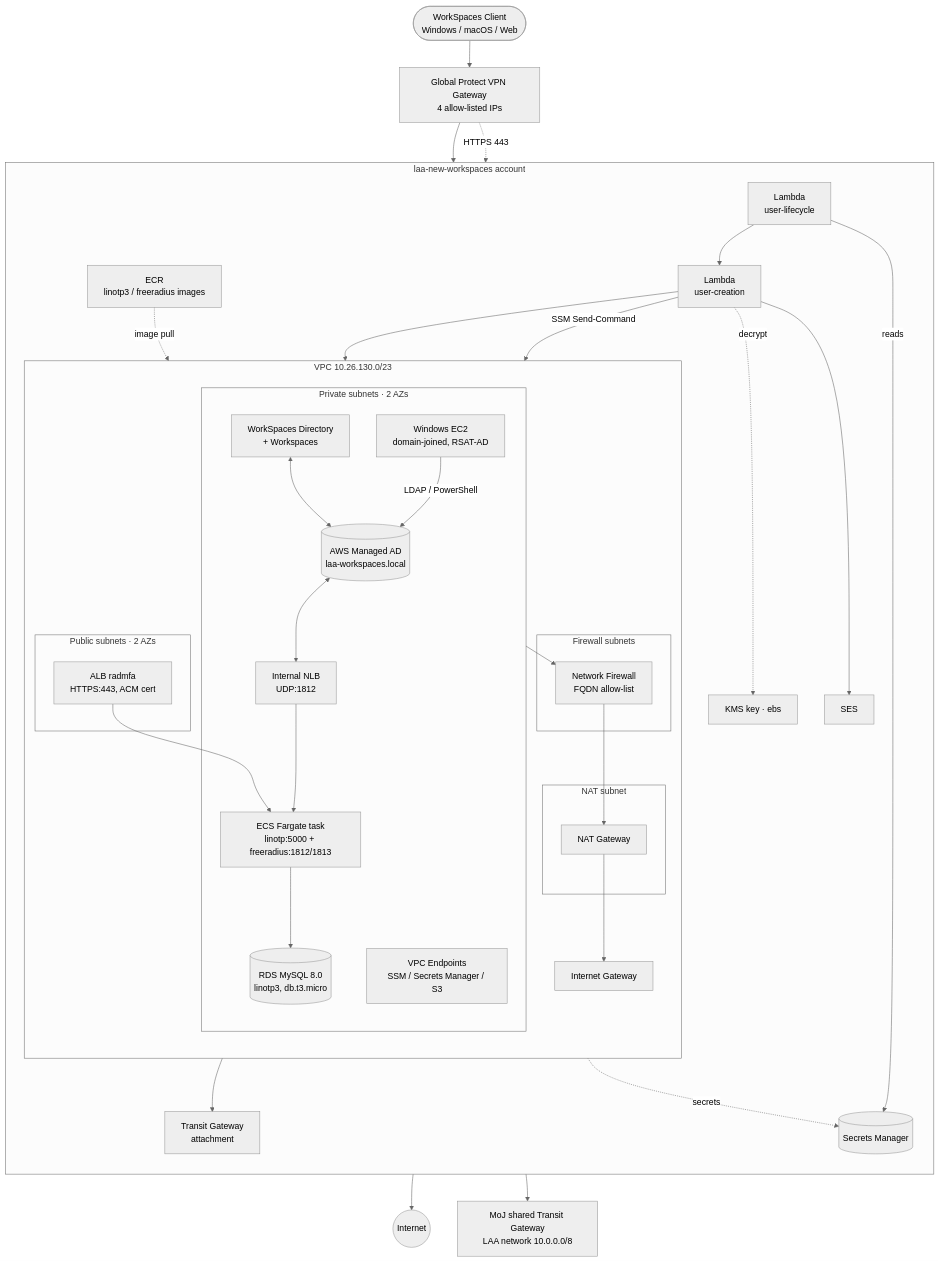
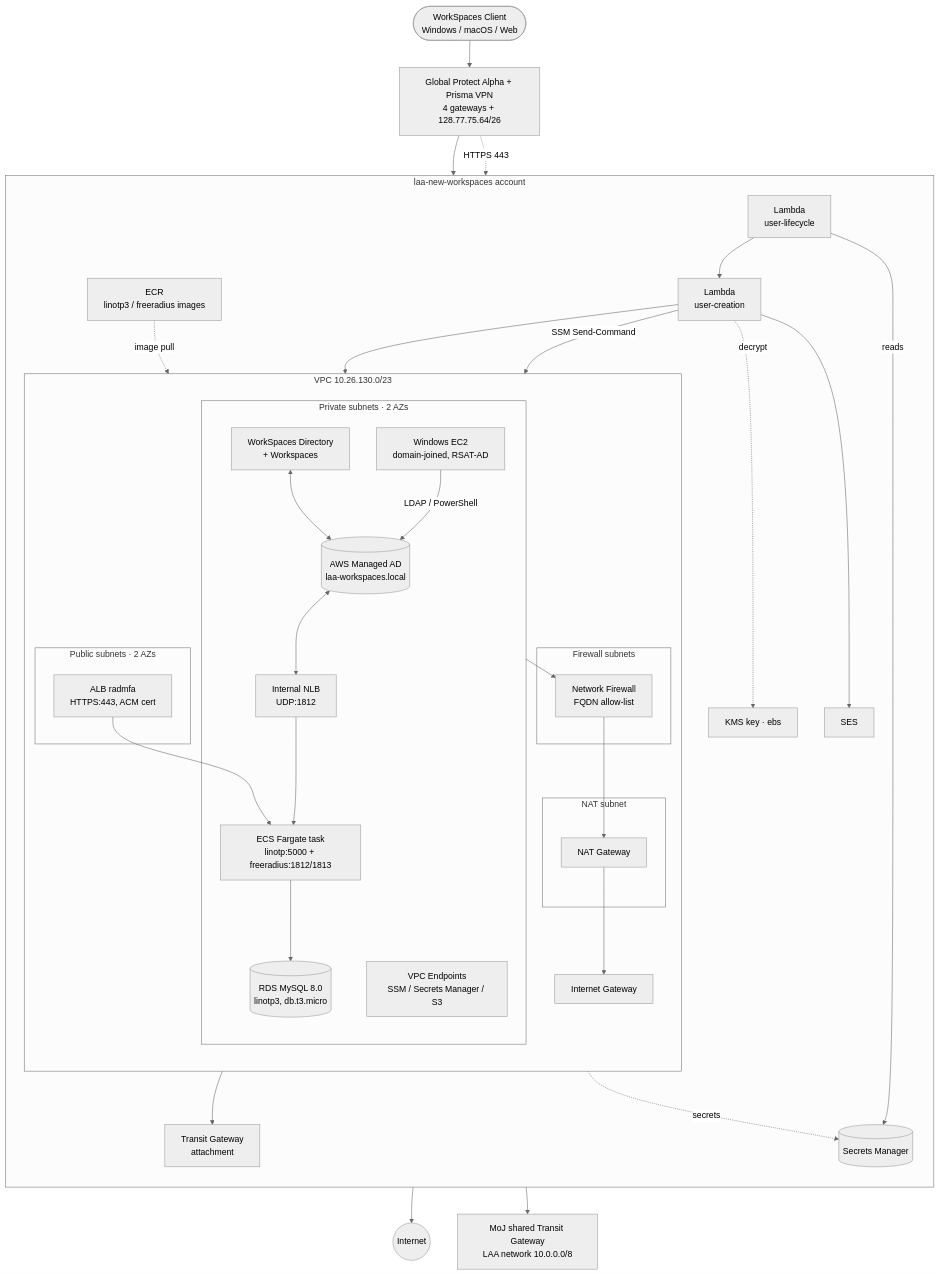
The diagram in terraform/environments/laa-new-workspaces/documents/01-general-infrastructure.md (ministryofjustice/modernisation-platform-environments), drawn with Mermaid (neutral theme) before and after one commit. The commit also changed other lines of this file and 3 other files, not shown here.

Commit message:
Adding Prisma VPN to aws_workspaces_ip_group

````diff
--- a/terraform/environments/laa-new-workspaces/documents/01-general-infrastructure.md
+++ b/terraform/environments/laa-new-workspaces/documents/01-general-infrastructure.md
@@ -7,68 +7,68 @@
 ```mermaid
 flowchart TB
     CLIENT(["WorkSpaces Client<br/>Windows / macOS / Web"])
-    VPN["Global Protect VPN Gateway<br/>4 allow-listed IPs"]
+    VPN["Global Protect Alpha + Prisma VPN<br/>4 gateways + 128.77.75.64/26"]
 
     subgraph ACCOUNT["laa-new-workspaces account"]
       direction TB
 
       subgraph VPC["VPC 10.26.130.0/23"]
         direction TB
 
         subgraph PUB["Public subnets · 2 AZs"]
           ALB["ALB radmfa<br/>HTTPS:443, ACM cert"]
         end
 
         subgraph PRIV["Private subnets · 2 AZs"]
           AD[("AWS Managed AD<br/>laa-workspaces.local")]
           WSDIR["WorkSpaces Directory<br/>+ Workspaces"]
           NLB["Internal NLB<br/>UDP:1812"]
           ECS["ECS Fargate task<br/>linotp:5000 + freeradius:1812/1813"]
           RDS[("RDS MySQL 8.0<br/>linotp3, db.t3.micro")]
           EC2W["Windows EC2<br/>domain-joined, RSAT-AD"]
           VPCE["VPC Endpoints<br/>SSM / Secrets Manager / S3"]
         end
 
         subgraph NATSUB["NAT subnet"]
           NATGW["NAT Gateway"]
         end
 
         subgraph FWSUB["Firewall subnets"]
           FW["Network Firewall<br/>FQDN allow-list"]
         end
 
         IGW["Internet Gateway"]
       end
 
       TGWATT["Transit Gateway<br/>attachment"]
       LAMBDA1["Lambda<br/>user-lifecycle"]
       LAMBDA2["Lambda<br/>user-creation"]
       SM[("Secrets Manager")]
       KMS["KMS key · ebs"]
       SES["SES"]
       ECR["ECR<br/>linotp3 / freeradius images"]
     end
 
     MOJ["MoJ shared Transit Gateway<br/>LAA network 10.0.0.0/8"]
     INTERNET(("Internet"))
 
     CLIENT --> VPN --> WSDIR
     VPN -. HTTPS 443 .-> ALB
     ALB --> ECS
     WSDIR <--> AD
     AD <--> NLB --> ECS
     ECS --> RDS
     ECS -. secrets .-> SM
     ECR -. image pull .-> ECS
 
     LAMBDA1 -- reads --> SM
     LAMBDA1 --> LAMBDA2
     LAMBDA2 -- SSM Send-Command --> EC2W
     EC2W -- LDAP / PowerShell --> AD
     LAMBDA2 --> WSDIR
     LAMBDA2 --> SES
     LAMBDA2 -. decrypt .-> KMS
 
     PRIV --> FW --> NATGW --> IGW --> INTERNET
     VPC --> TGWATT --> MOJ
 ```
````
